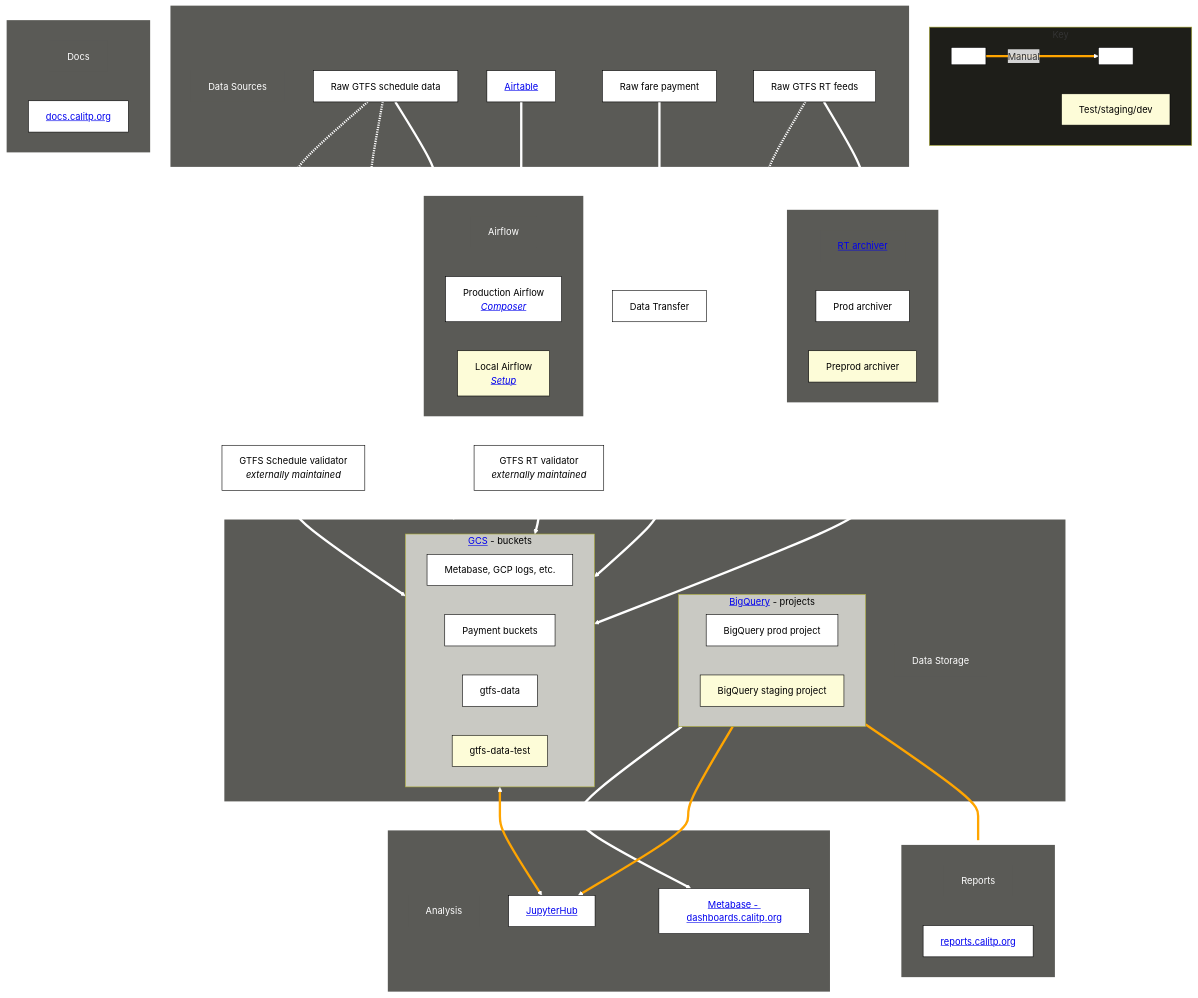
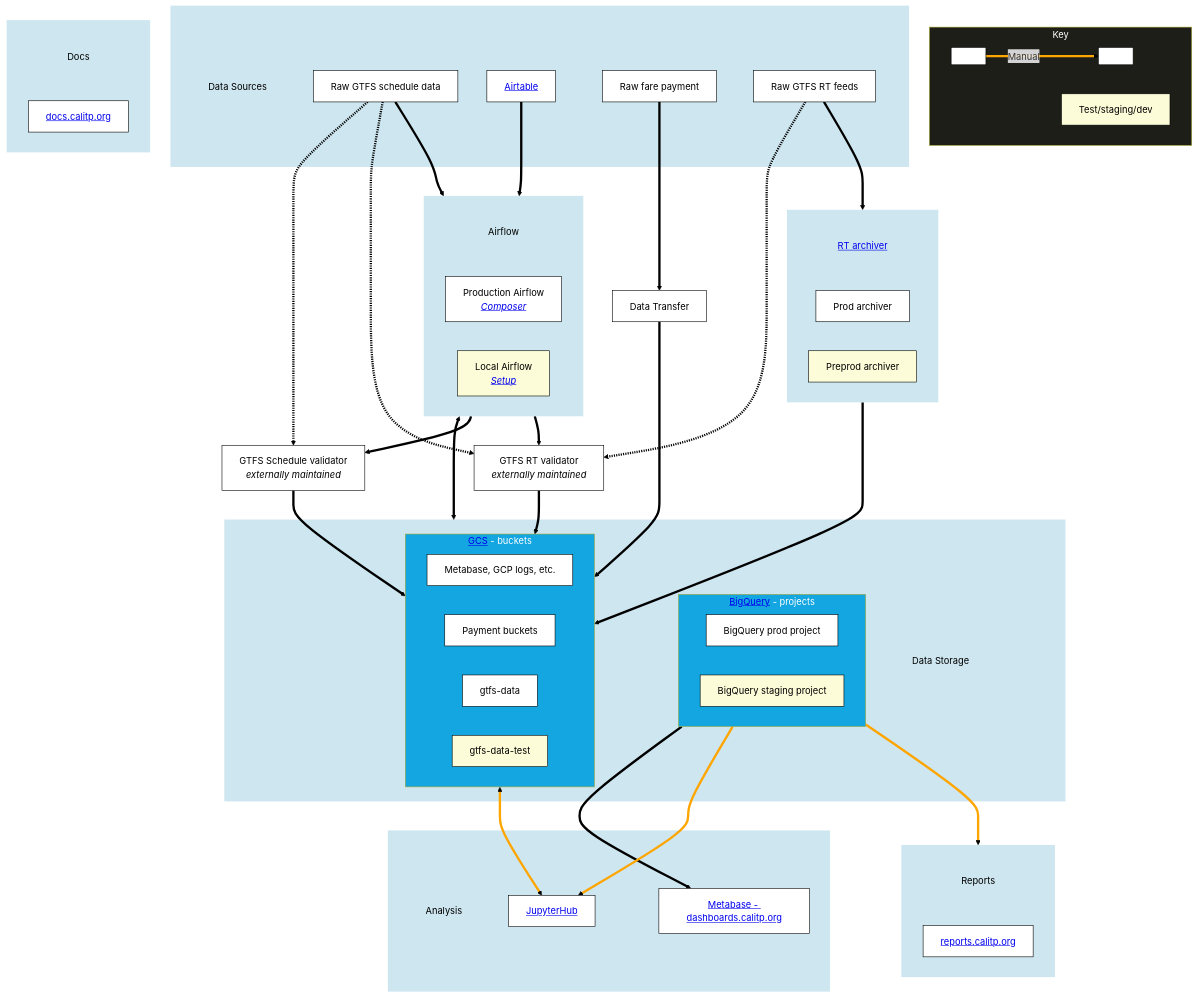
One commit to cal-itp/data-infra changed the diagram in docs/architecture/architecture_overview.md. Above: the diagram before and after it, drawn with Mermaid.

Commit message:
docs fix: change colors to show up better in jupyterbook

````diff
--- a/docs/architecture/architecture_overview.md
+++ b/docs/architecture/architecture_overview.md
@@ -79,11 +79,11 @@
 %% yellow for testing / staging versions
 classDef teststyle fill:#fdfcd8, color:#000000
 %% styling for groups & their labels
-classDef group_labelstyle fill:#5a5a56, color:white, stroke-width:0px
+classDef group_labelstyle fill:#cde6ef, color:black, stroke-width:0px
 %% styling for subgroups
-classDef subgroupstyle fill:#c9c9c3, color:black
+classDef subgroupstyle fill:#14A6E0, color:white
 %% styling for the key
-classDef keystyle fill:#1e1e19
+classDef keystyle fill:#1e1e19, color: white
 %% apply test styles
 class prepod_rt_archiver,bq_stage,gcs_gtfs_test,airflow_local,test teststyle
 %% apply label styles
@@ -95,7 +95,7 @@
 %% style the key
 class key keystyle
 %% default arrow style
-linkStyle default stroke:white, stroke-width:4px
+linkStyle default stroke:black, stroke-width:4px
 %% manual connection arrow style
 linkStyle 0,9,10,11 stroke:orange, stroke-width:4px
 ```
````
